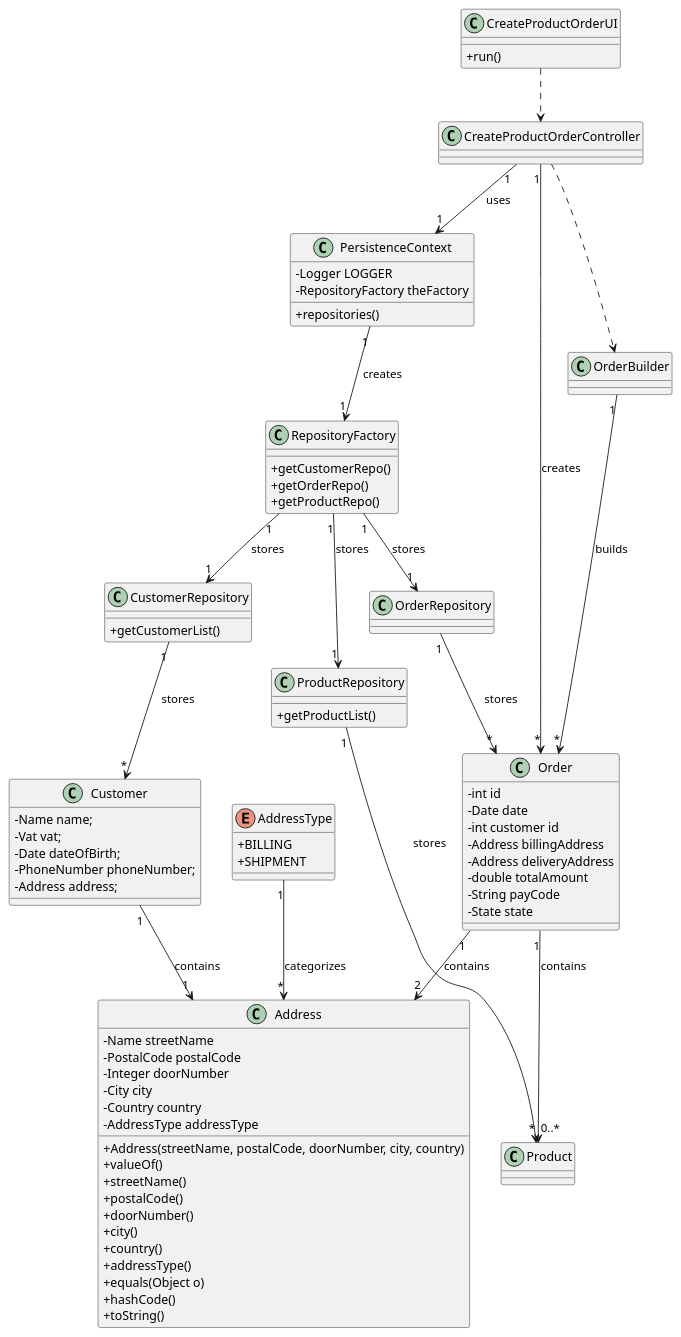
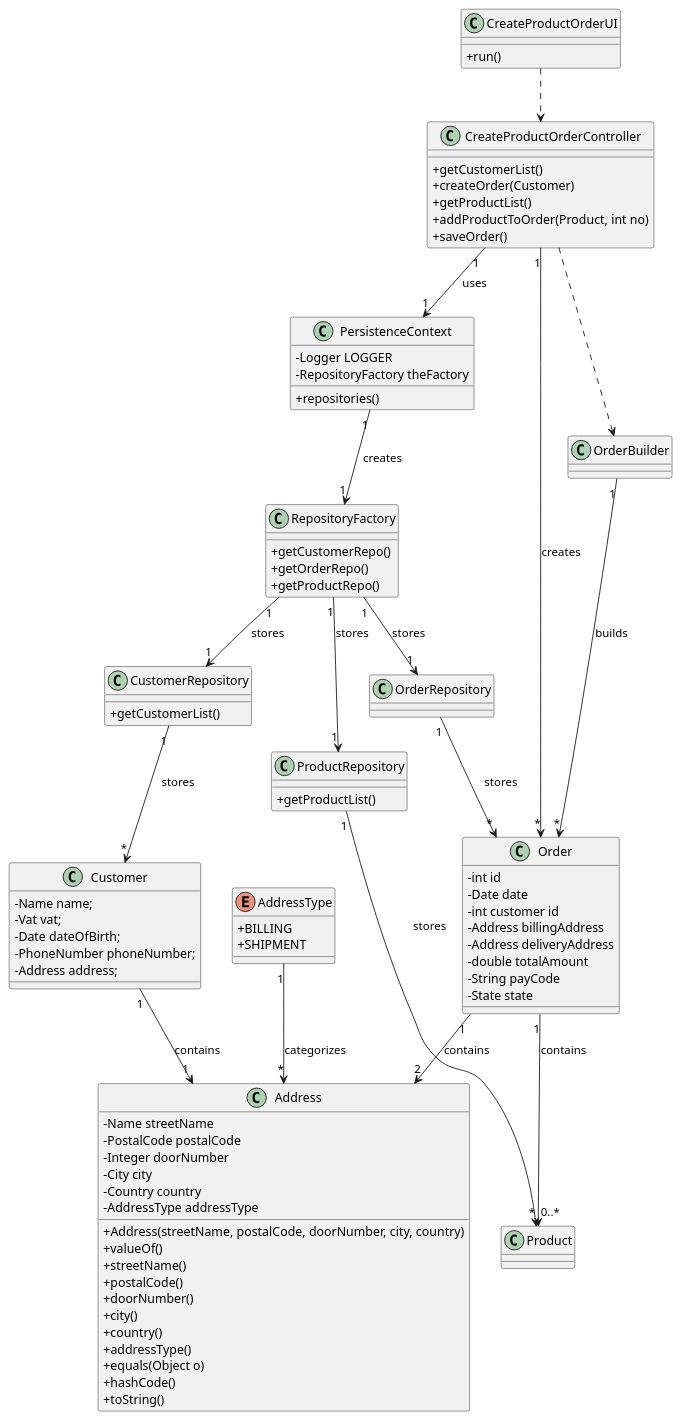
One commit to RuiRioPina/LAPR4-21-22 changed the diagram in docs/1191008/US1004/US1004_CD.puml. Above: the diagram before and after it, drawn with PlantUML. The commit also changed 6 other files, not shown here.

```diff
--- a/docs/1191008/US1004/US1004_CD.puml
+++ b/docs/1191008/US1004/US1004_CD.puml
@@ -1,121 +1,125 @@
 @startuml
 skinparam classAttributeIconSize 0
 
 class "CreateProductOrderUI" as UI {
   +run()
 }
 
 class "CreateProductOrderController" as CTRL {
-
+  +getCustomerList()
+  +createOrder(Customer)
+  +getProductList()
+  +addProductToOrder(Product, int no)
+  +saveOrder()
 }
 
 class "PersistenceContext" as PCON {
   -Logger LOGGER
   -RepositoryFactory theFactory
   +repositories()
 }
 
 class "Order" as ORDER {
   -int id
   -Date date
   -int customer id
   -Address billingAddress
   -Address deliveryAddress
   -double totalAmount
   -String payCode
   -State state
 
 }
 
 class "OrderRepository" as ORDERREPO {
 
 }
 
 class "Customer" as CUST {
   -Name name;
   -Vat vat;
   -Date dateOfBirth;
   -PhoneNumber phoneNumber;
   -Address address;
 }
 
 class "CustomerRepository" as CUSTREPO {
   +getCustomerList()
 }
 
 class "Product" as PROD {
 
 }
 
 class "ProductRepository" as PRODREPO {
   +getProductList()
 }
 
 class "RepositoryFactory" as REPOFAC {
   +getCustomerRepo()
   +getOrderRepo()
   +getProductRepo()
 
 }
 
 class "OrderBuilder" as BUILDER {
 
 }
 
 class "Address" as ADRS {
   -Name streetName
   -PostalCode postalCode
   -Integer doorNumber
   -City city
   -Country country
   -AddressType addressType
 
   +Address(streetName, postalCode, doorNumber, city, country)
   +valueOf()
   +streetName()
   +postalCode()
   +doorNumber()
   +city()
   +country()
   +addressType()
   +equals(Object o)
   +hashCode()
   +toString()
 }
 
 enum "AddressType" as ADRSTYPE {
   +BILLING
   +SHIPMENT
 }
 
 
 
 UI ..> CTRL
 
 CTRL "1" --> "1" PCON : uses
 CTRL ..> BUILDER
 CTRL "1" --> "*" ORDER : creates
 
 PCON "1" --> "1" REPOFAC : creates
 
 REPOFAC "1" --> "1" CUSTREPO : stores
 REPOFAC "1" --> "1" ORDERREPO : stores
 REPOFAC "1" --> "1" PRODREPO : stores
 
 ORDERREPO "1" --> "*" ORDER : stores
 PRODREPO "1" --> "*" PROD : stores
 CUSTREPO "1" --> "*" CUST : stores
 
 ORDER "1" --> "2" ADRS : contains
 CUST "1" --> "1" ADRS : contains
 ORDER "1" --> "0..*" PROD : contains
 
 ADRSTYPE "1" --> "*" ADRS : categorizes
 
 BUILDER "1" --> "*" ORDER : builds
 
 
 
 
 
 @enduml
```
